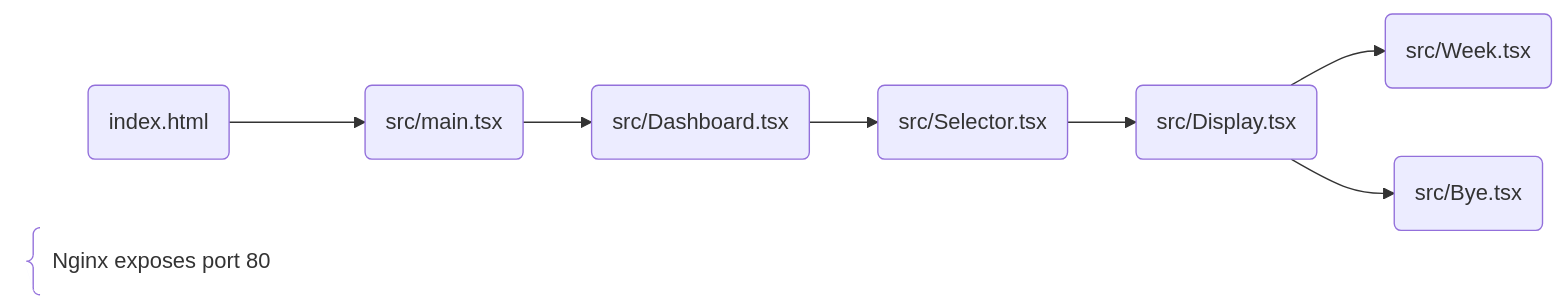
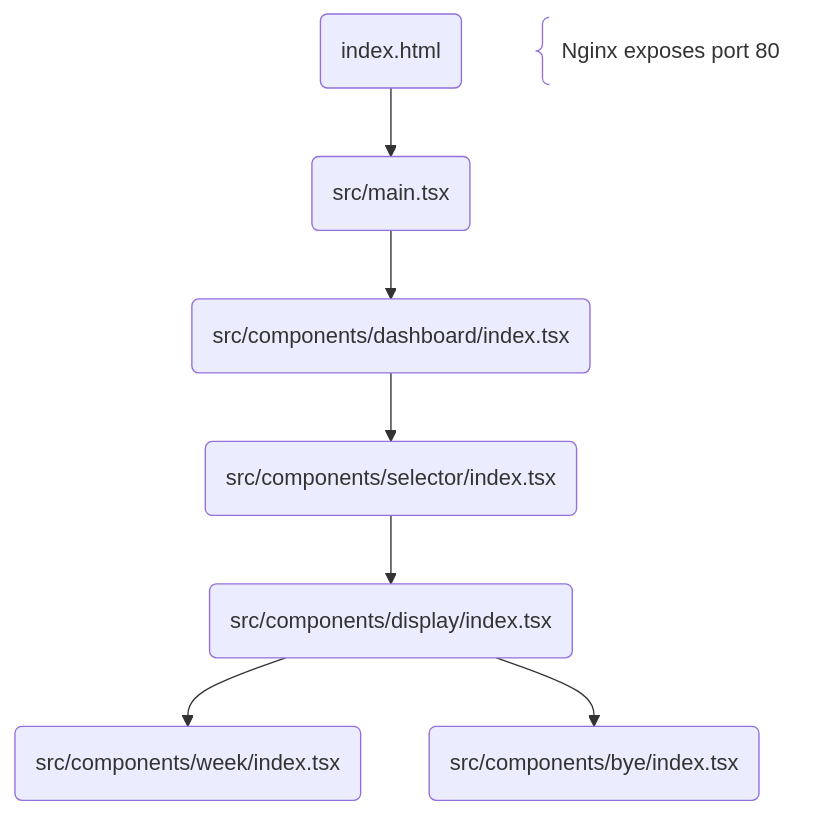
Before and after one commit to chump29/nfld: the diagram in frontend/README.md, drawn with Mermaid. The commit also changed 1 other file, not shown here.

Commit message:
Fix structure

````diff
--- a/frontend/README.md
+++ b/frontend/README.md
@@ -3,14 +3,14 @@
 ```mermaid
-flowchart LR
+flowchart
 index(index.html)
 main(src/main.tsx)
-dashboard(src/Dashboard.tsx)
-selector(src/Selector.tsx)
-display(src/Display.tsx)
-week(src/Week.tsx)
-bye(src/Bye.tsx)
+dashboard(src/components/dashboard/index.tsx)
+selector(src/components/selector/index.tsx)
+display(src/components/display/index.tsx)
+week(src/components/week/index.tsx)
+bye(src/components/bye/index.tsx)
 index-->main-->dashboard-->selector-->display
 display-->week
 display-->bye
 port@{shape: comment, label: "&nbsp; Nginx exposes port 80"}
 ```
````
